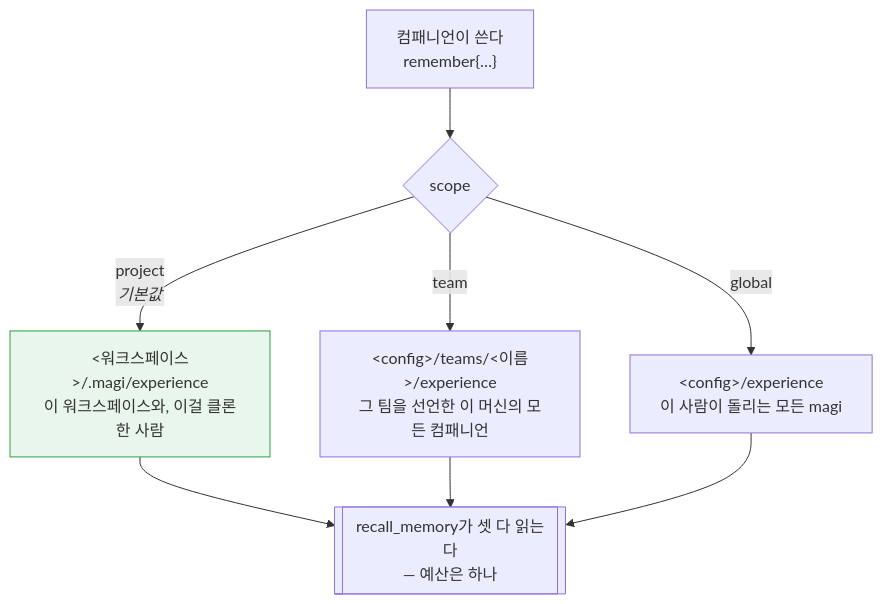
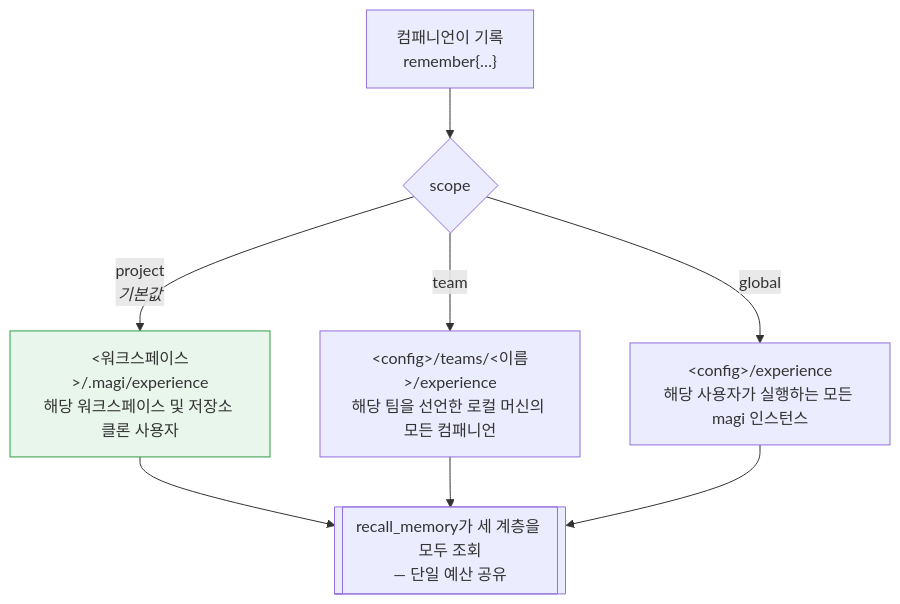
One commit to sayaya1090/magi changed the third of 6 diagrams in docs/EXTENDING.ko.md. Above: the diagram before and after it, drawn with Mermaid. The commit also changed other lines of this file, not shown here.

````diff
--- a/docs/EXTENDING.ko.md
+++ b/docs/EXTENDING.ko.md
@@ -236,10 +179,10 @@
 ```mermaid
 flowchart TD
-    W["컴패니언이 쓴다<br/>remember{…}"] --> T{scope}
-    T -->|project<br/><i>기본값</i>| P["&lt;워크스페이스&gt;/.magi/experience<br/>이 워크스페이스와, 이걸 클론한 사람"]
-    T -->|team| TE["&lt;config&gt;/teams/&lt;이름&gt;/experience<br/>그 팀을 선언한 이 머신의 모든 컴패니언"]
-    T -->|global| G["&lt;config&gt;/experience<br/>이 사람이 돌리는 모든 magi"]
-    P & TE & G --> R[["recall_memory가 셋 다 읽는다<br/>— 예산은 하나"]]
+    W["컴패니언이 기록<br/>remember{…}"] --> T{scope}
+    T -->|project<br/><i>기본값</i>| P["&lt;워크스페이스&gt;/.magi/experience<br/>해당 워크스페이스 및 저장소 클론 사용자"]
+    T -->|team| TE["&lt;config&gt;/teams/&lt;이름&gt;/experience<br/>해당 팀을 선언한 로컬 머신의 모든 컴패니언"]
+    T -->|global| G["&lt;config&gt;/experience<br/>해당 사용자가 실행하는 모든 magi 인스턴스"]
+    P & TE & G --> R[["recall_memory가 세 계층을 모두 조회<br/>— 단일 예산 공유"]]
 
     style P fill:#e8f6ec,stroke:#2f9e44
 ```
````
